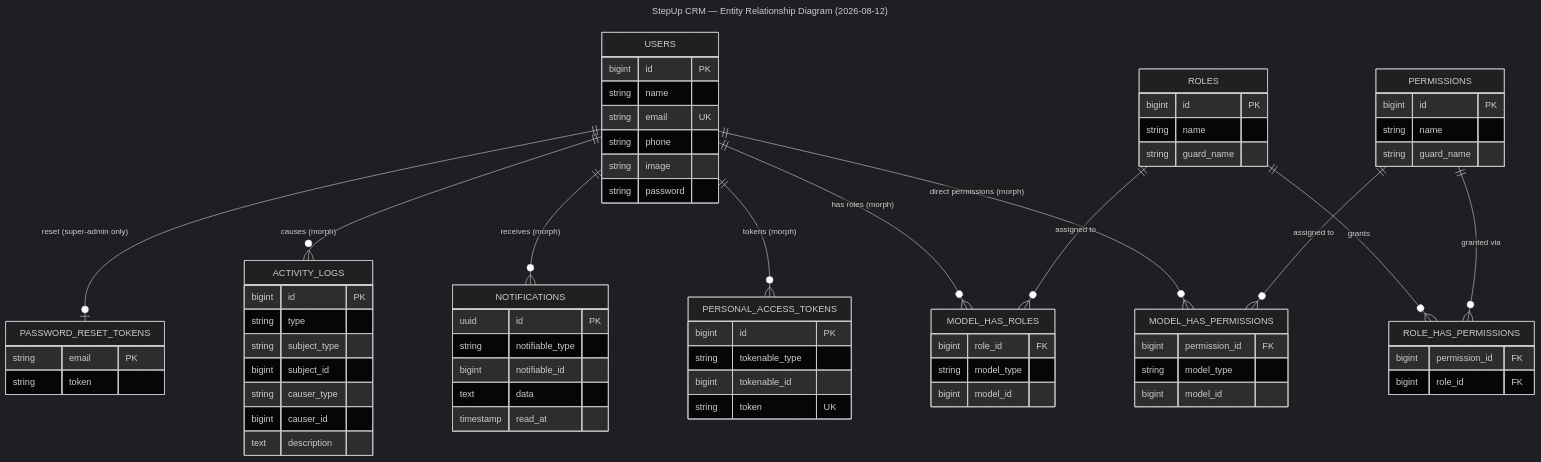
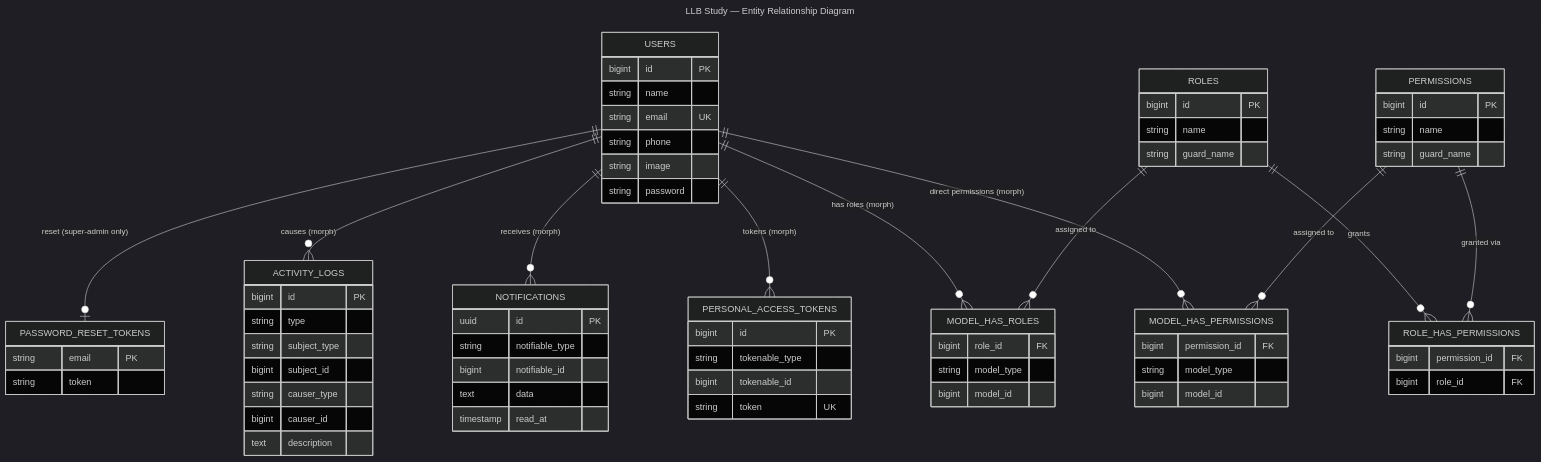
The diagram in docs/erd.mmd (MohanManirul/llb-site), drawn with Mermaid (dark theme) before and after one commit. The commit also changed 218 other files, not shown here.

```diff
--- a/docs/erd.mmd
+++ b/docs/erd.mmd
@@ -1,85 +1,85 @@
 ---
-title: StepUp CRM — Entity Relationship Diagram (2026-08-12)
+title: LLB Study — Entity Relationship Diagram
 ---
 erDiagram
 
     %% ── Identity & access ───────────────────────────────────────────
     USERS {
         bigint id PK
         string name
         string email UK
         string phone
         string image
         string password
     }
 
     ROLES {
         bigint id PK
         string name
         string guard_name
     }
 
     PERMISSIONS {
         bigint id PK
         string name
         string guard_name
     }
 
     MODEL_HAS_ROLES {
         bigint role_id FK
         string model_type
         bigint model_id
     }
 
     MODEL_HAS_PERMISSIONS {
         bigint permission_id FK
         string model_type
         bigint model_id
     }
 
     ROLE_HAS_PERMISSIONS {
         bigint permission_id FK
         bigint role_id FK
     }
 
     PERSONAL_ACCESS_TOKENS {
         bigint id PK
         string tokenable_type
         bigint tokenable_id
         string token UK
     }
 
     NOTIFICATIONS {
         uuid id PK
         string notifiable_type
         bigint notifiable_id
         text data
         timestamp read_at
     }
 
     ACTIVITY_LOGS {
         bigint id PK
         string type
         string subject_type
         bigint subject_id
         string causer_type
         bigint causer_id
         text description
     }
 
     PASSWORD_RESET_TOKENS {
         string email PK
         string token
     }
 
     %% ── Relationships: identity & access ────────────────────────────
     USERS   ||--o{ MODEL_HAS_ROLES          : "has roles (morph)"
     USERS   ||--o{ MODEL_HAS_PERMISSIONS    : "direct permissions (morph)"
     USERS   ||--o{ PERSONAL_ACCESS_TOKENS   : "tokens (morph)"
     USERS   ||--o{ NOTIFICATIONS            : "receives (morph)"
     USERS   ||--o{ ACTIVITY_LOGS            : "causes (morph)"
     ROLES   ||--o{ MODEL_HAS_ROLES          : "assigned to"
     ROLES   ||--o{ ROLE_HAS_PERMISSIONS     : grants
     PERMISSIONS ||--o{ MODEL_HAS_PERMISSIONS : "assigned to"
     PERMISSIONS ||--o{ ROLE_HAS_PERMISSIONS  : "granted via"
     USERS   ||--o| PASSWORD_RESET_TOKENS : "reset (super-admin only)"
```
